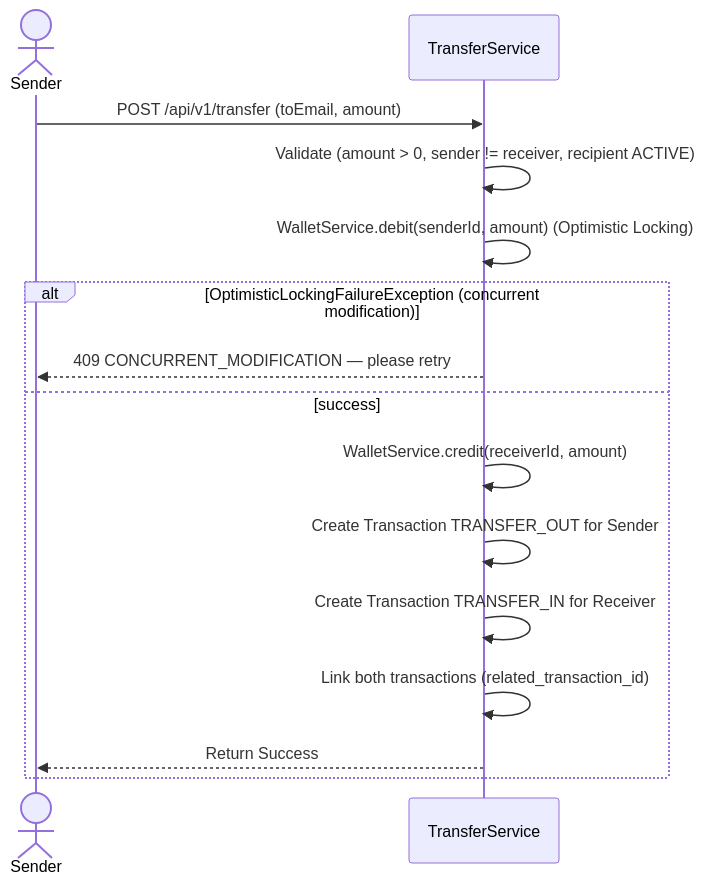
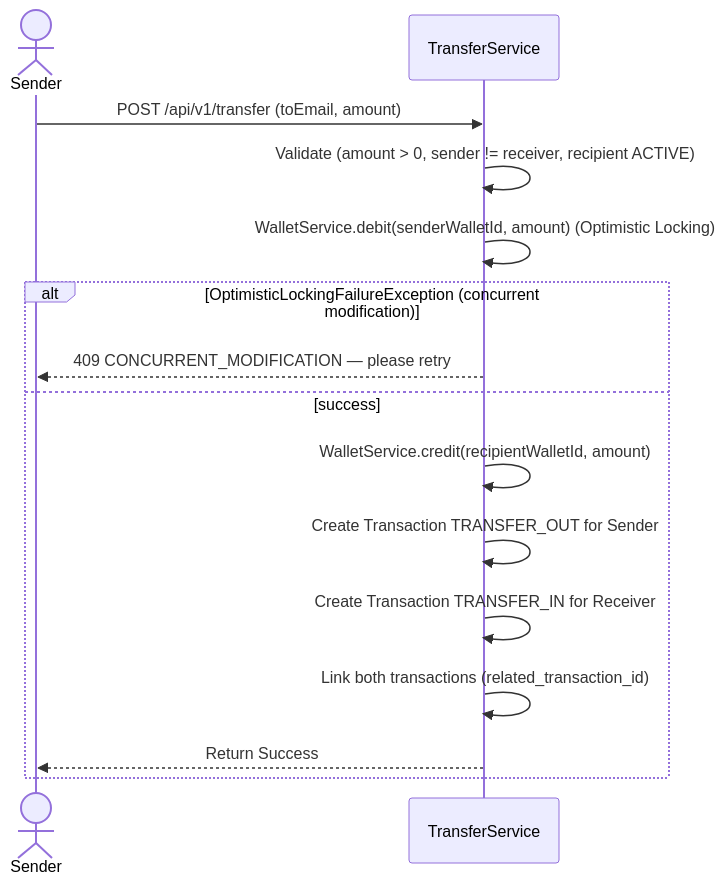
One commit to TrinhDacNhatMinh/payment-system-backend changed the third of 4 diagrams in README.md. Above: the diagram before and after it, drawn with Mermaid. The commit also changed other lines of this file and 4 other files, not shown here.

````diff
--- a/README.md
+++ b/README.md
@@ -294,18 +220,18 @@
 ```mermaid
 sequenceDiagram
     actor Sender
     participant App as TransferService
 
     Sender->>App: POST /api/v1/transfer (toEmail, amount)
     App->>App: Validate (amount > 0, sender != receiver, recipient ACTIVE)
-    App->>App: WalletService.debit(senderId, amount) (Optimistic Locking)
+    App->>App: WalletService.debit(senderWalletId, amount) (Optimistic Locking)
     alt OptimisticLockingFailureException (concurrent modification)
         App-->>Sender: 409 CONCURRENT_MODIFICATION — please retry
     else success
-        App->>App: WalletService.credit(receiverId, amount)
+        App->>App: WalletService.credit(recipientWalletId, amount)
         App->>App: Create Transaction TRANSFER_OUT for Sender
         App->>App: Create Transaction TRANSFER_IN for Receiver
         App->>App: Link both transactions (related_transaction_id)
         App-->>Sender: Return Success
     end
 ```
````
